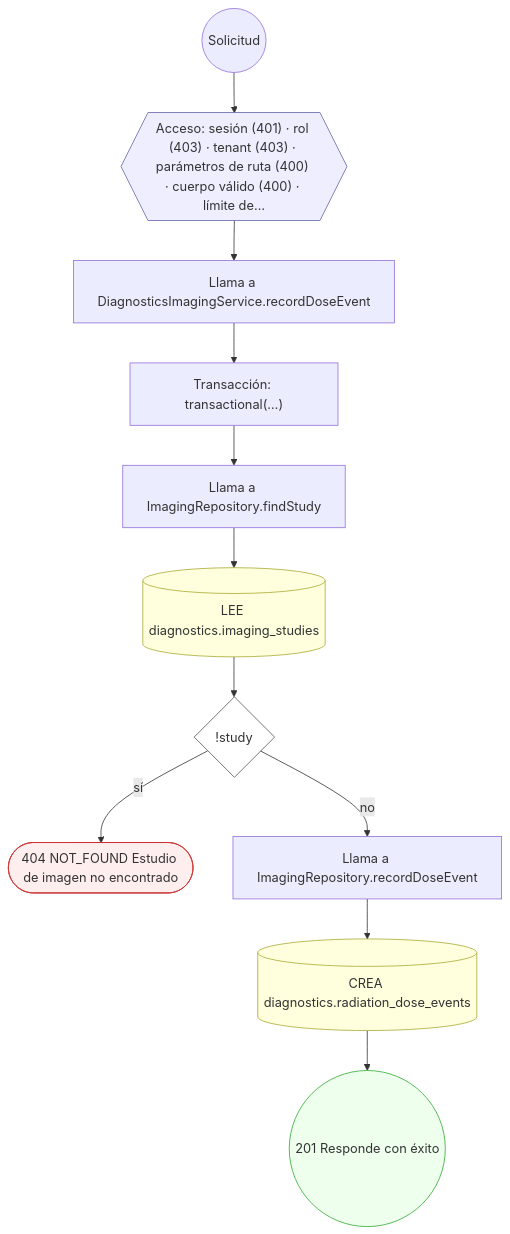
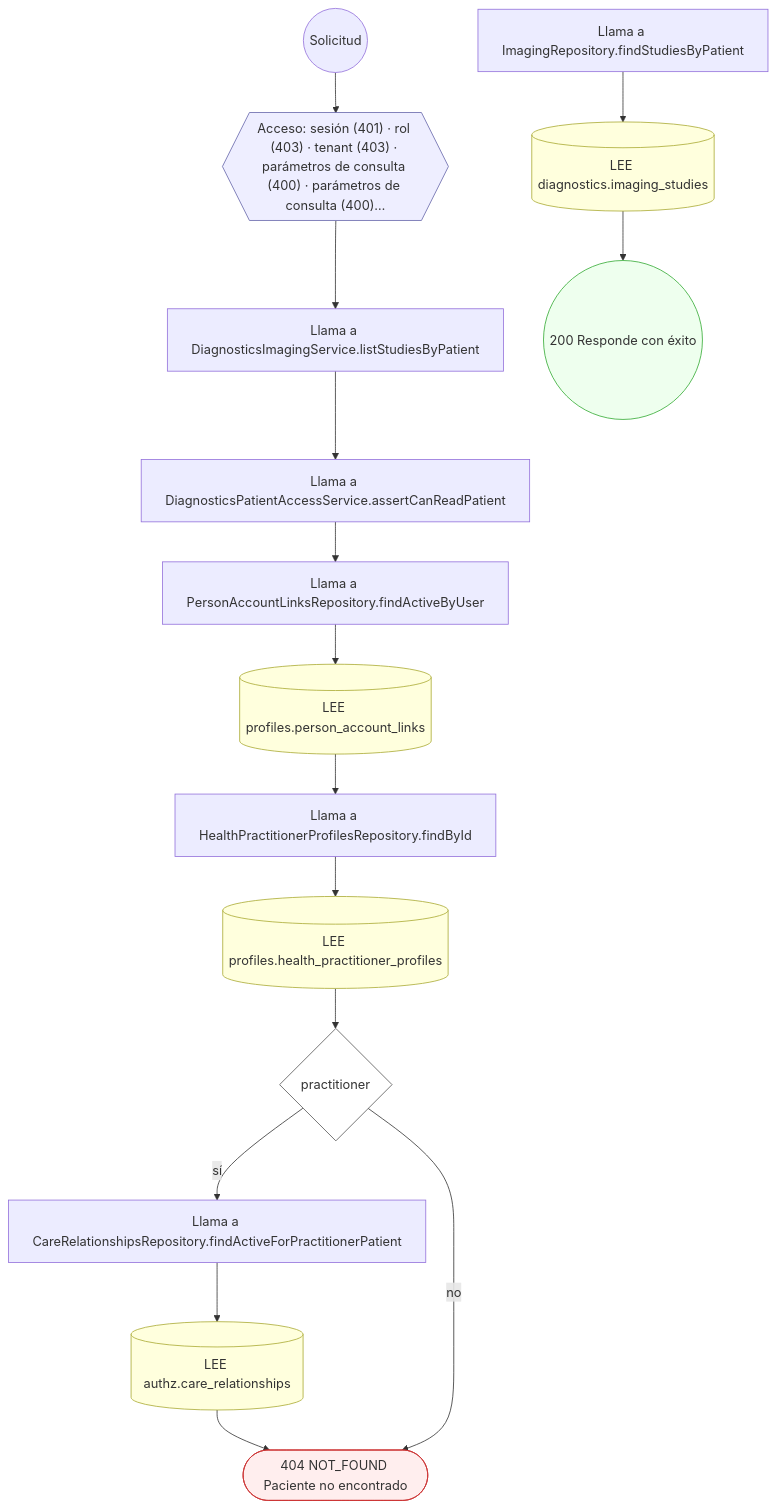
Diagram 21 of 31 in docs/inventario/flujos/diagnostics.md (mdavila-2001/mantra-core-health-api), drawn with Mermaid before and after one commit. The commit also changed other lines of this file and 438 other files, not shown here.

````diff
--- a/docs/inventario/flujos/diagnostics.md
+++ b/docs/inventario/flujos/diagnostics.md
@@ -1581,30 +1875,38 @@
 ```mermaid
 flowchart TD
   n1(("Solicitud")):::inicio
-  n2{{"Acceso: sesión (401) · rol (403) · tenant (403) · parámetros de ruta (400) · cuerpo válido (400) · límite de…"}}:::acceso
+  n2{{"Acceso: sesión (401) · rol (403) · tenant (403) · parámetros de consulta (400) · parámetros de consulta (400)…"}}:::acceso
   n1 --> n2
-  n3["Llama a DiagnosticsImagingService.recordDoseEvent"]:::llamada
+  n3["Llama a DiagnosticsImagingService.listStudiesByPatient"]:::llamada
   n2 --> n3
-  n4["Transacción: transactional(…)"]:::transaccion
+  n4["Llama a DiagnosticsPatientAccessService.assertCanReadPatient"]:::llamada
   n3 --> n4
-  n5["Llama a ImagingRepository.findStudy"]:::llamada
+  n5["Llama a PersonAccountLinksRepository.findActiveByUser"]:::llamada
   n4 --> n5
-  n6[("LEE diagnostics.imaging_studies")]:::efecto
+  n6[("LEE profiles.person_account_links")]:::efecto
   n5 --> n6
-  n7{"!study"}:::decision
+  n7["Llama a HealthPractitionerProfilesRepository.findById"]:::llamada
   n6 --> n7
-  n8(["404 NOT_FOUND Estudio de imagen no encontrado"]):::error
-  n7 -->|"sí"| n8
-  n9["Llama a ImagingRepository.recordDoseEvent"]:::llamada
-  n7 -->|"no"| n9
-  n10[("CREA diagnostics.radiation_dose_events")]:::efecto
-  n9 --> n10
-  n11(("201 Responde con éxito")):::ok
+  n8[("LEE profiles.health_practitioner_profiles")]:::efecto
+  n7 --> n8
+  n9{"practitioner"}:::decision
+  n8 --> n9
+  n10["Llama a CareRelationshipsRepository.findActiveForPractitionerPatient"]:::llamada
+  n9 -->|"sí"| n10
+  n11[("LEE authz.care_relationships")]:::efecto
   n10 --> n11
+  n12(["404 NOT_FOUND Paciente no encontrado"]):::error
+  n11 --> n12
+  n9 -->|"no"| n12
+  n13["Llama a ImagingRepository.findStudiesByPatient"]:::llamada
+  n14[("LEE diagnostics.imaging_studies")]:::efecto
+  n13 --> n14
+  n15(("200 Responde con éxito")):::ok
+  n14 --> n15
   classDef acceso fill:#eef,stroke:#66a
   classDef error fill:#fee,stroke:#c33
   classDef ok fill:#efe,stroke:#3a3
   classDef efecto fill:#ffd,stroke:#aa3
   classDef decision fill:#fff,stroke:#555
   classDef corte fill:#eee,stroke:#999,stroke-dasharray: 4
 ```
````
